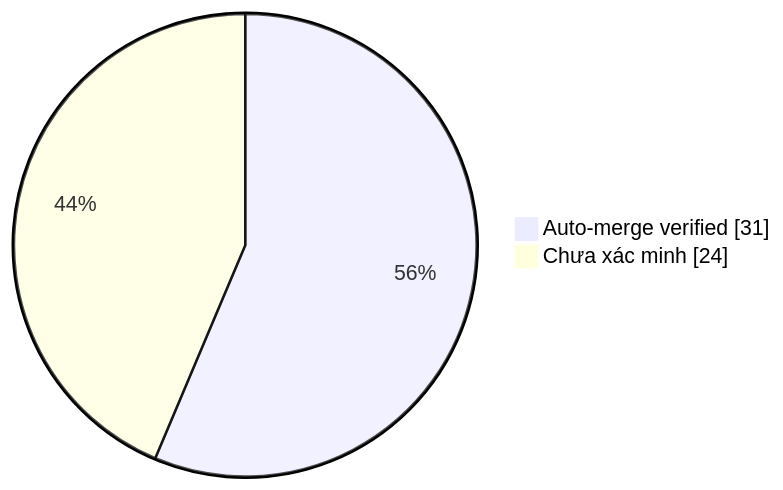
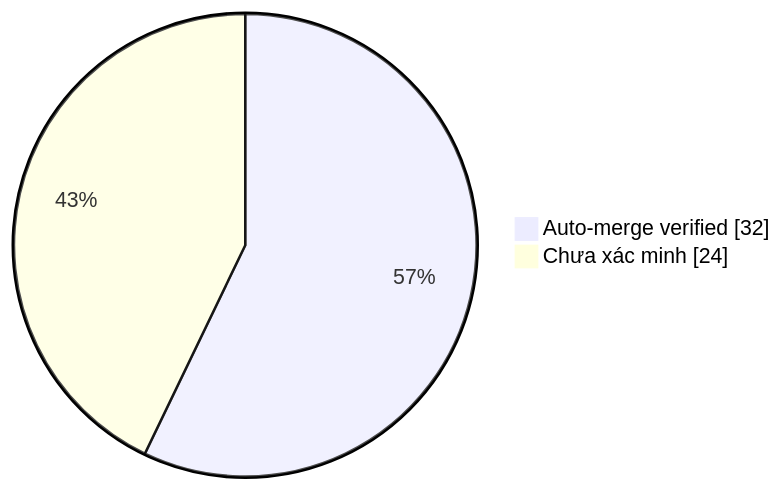
One commit to duykhang68/tetdinhmuiblog changed the diagram in collector.md. Above: the diagram before and after it, drawn with Mermaid. The commit also changed other lines of this file and 1 other file, not shown here.

Commit message:
docs(collector): update auto-merge evidence dashboard

````diff
--- a/collector.md
+++ b/collector.md
@@ -22,5 +22,5 @@
 ```mermaid
 pie showData
-    "Auto-merge verified" : 31
+    "Auto-merge verified" : 32
     "Chưa xác minh" : 24
 ```
````
